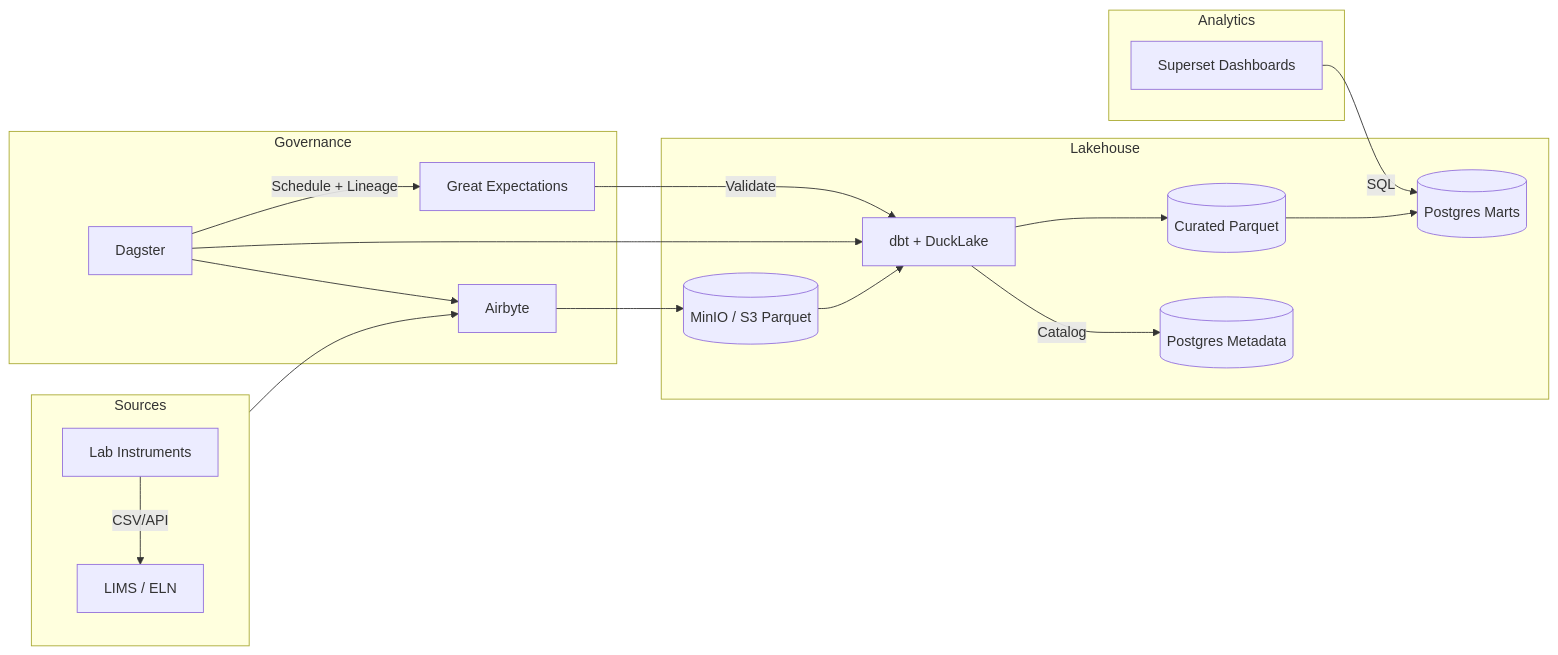
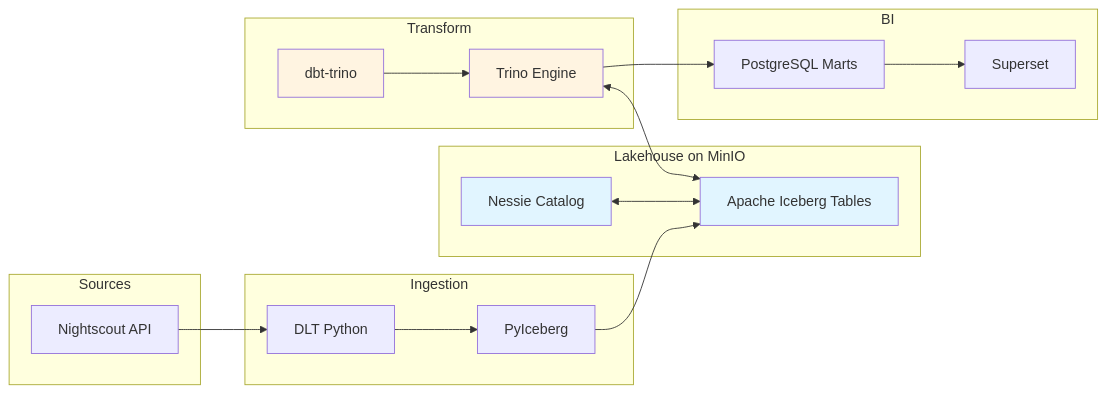
Before and after one commit to iamgp/phlo: the diagram in readme.md, drawn with Mermaid. The commit also changed other lines of this file and 2418 other files, not shown here.

````diff
--- a/readme.md
+++ b/readme.md
@@ -332,23 +203,38 @@
 ```mermaid
 flowchart LR
   subgraph Sources
-    A[Lab Instruments] -->|CSV/API| B[LIMS / ELN]
+    NS[Nightscout API]
   end
-  subgraph Lakehouse
-    LZ[(MinIO / S3 Parquet)] --> DBT[dbt + DuckLake]
-    DBT --> CUR[(Curated Parquet)]
-    CUR --> PGS[(Postgres Marts)]
-    DBT -->|Catalog| CAT[(Postgres Metadata)]
+
+  subgraph Ingestion
+    DLT[DLT Python]
+    PYI[PyIceberg]
   end
-  subgraph Governance
-    GE[Great Expectations] -->|Validate| DBT
-    DGS[Dagster] -->|Schedule + Lineage| GE
-    DGS --> DBT
-    DGS --> AB[Airbyte]
+
+  subgraph Lake[Lakehouse on MinIO]
+    ICE[Apache Iceberg Tables]
+    META[Nessie Catalog]
   end
-  subgraph Analytics
-    SUP[Superset Dashboards] -->|SQL| PGS
+
+  subgraph Transform
+    DBT[dbt-trino]
+    TR[Trino Engine]
   end
-  Sources --> AB
-  AB --> LZ
+
+  subgraph BI
+    PG[PostgreSQL Marts]
+    SS[Superset]
+  end
+
+  NS --> DLT --> PYI --> ICE
+  META <--> ICE
+  TR <--> ICE
+  DBT --> TR
+  TR --> PG
+  PG --> SS
+
+  style ICE fill:#e1f5ff
+  style META fill:#e1f5ff
+  style TR fill:#fff4e1
+  style DBT fill:#fff4e1
 ```
````
